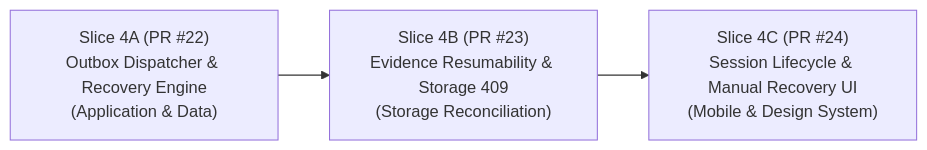
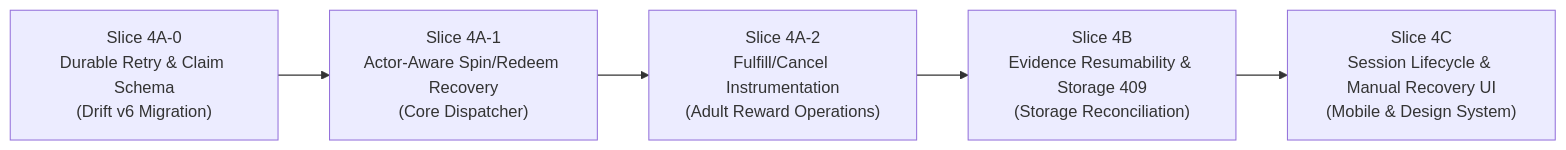
Before and after one commit to thedusk4203/LearnWard: the third of 3 diagrams in docs/18-phase-6-actor-aware-offline-recovery-readiness-review.md, drawn with Mermaid. The commit also changed other lines of this file and 1 other file, not shown here.

First line of the commit message:
docs(phase-6): correct Drift v5 freeze errata and refine Slice 4A recovery readiness review (#22)

````diff
--- a/docs/18-phase-6-actor-aware-offline-recovery-readiness-review.md
+++ b/docs/18-phase-6-actor-aware-offline-recovery-readiness-review.md
@@ -162,5 +486,7 @@
 ```mermaid
 flowchart LR
-    Slice4A["Slice 4A (PR #22)<br/>Outbox Dispatcher & Recovery Engine<br/>(Application & Data)"] --> Slice4B["Slice 4B (PR #23)<br/>Evidence Resumability & Storage 409<br/>(Storage Reconciliation)"]
-    Slice4B --> Slice4C["Slice 4C (PR #24)<br/>Session Lifecycle & Manual Recovery UI<br/>(Mobile & Design System)"]
+    Slice4A0["Slice 4A-0<br/>Durable Retry & Claim Schema<br/>(Drift v6 Migration)"] --> Slice4A1["Slice 4A-1<br/>Actor-Aware Spin/Redeem Recovery<br/>(Core Dispatcher)"]
+    Slice4A1 --> Slice4A2["Slice 4A-2<br/>Fulfill/Cancel Instrumentation<br/>(Adult Reward Operations)"]
+    Slice4A2 --> Slice4B["Slice 4B<br/>Evidence Resumability & Storage 409<br/>(Storage Reconciliation)"]
+    Slice4B --> Slice4C["Slice 4C<br/>Session Lifecycle & Manual Recovery UI<br/>(Mobile & Design System)"]
 ```
````
